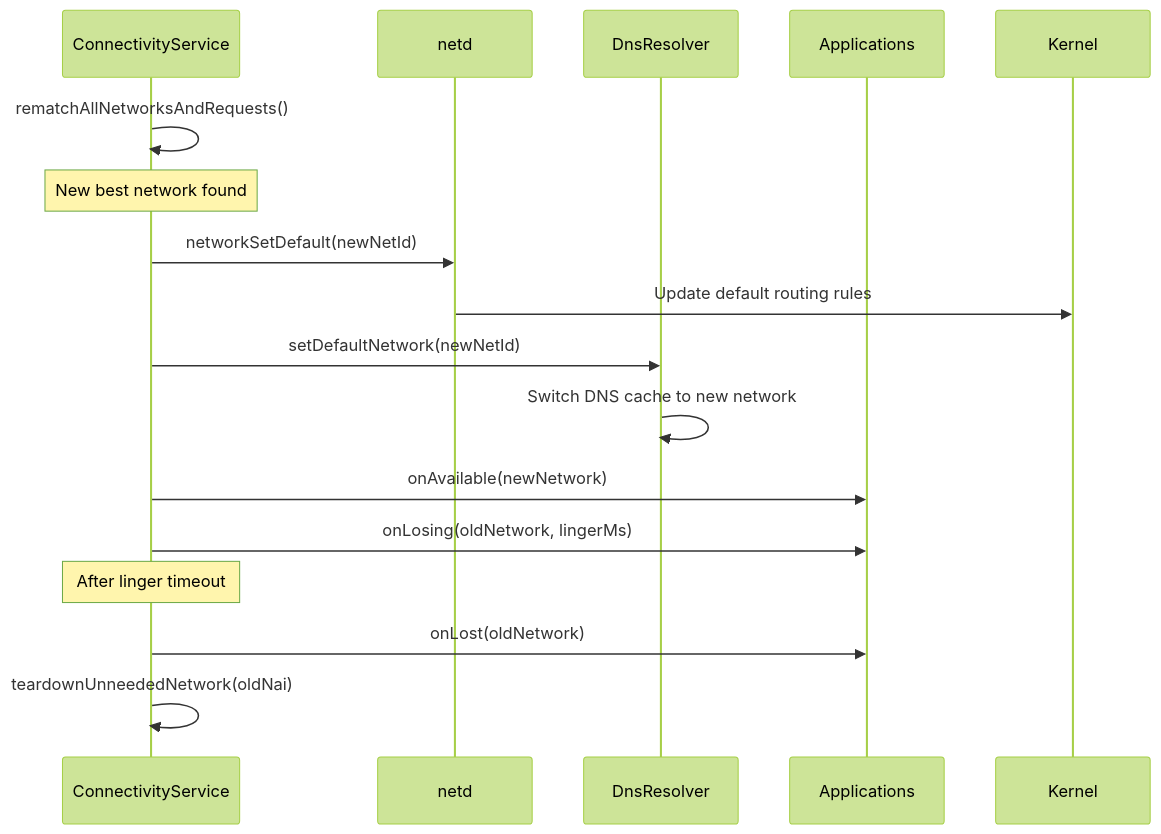
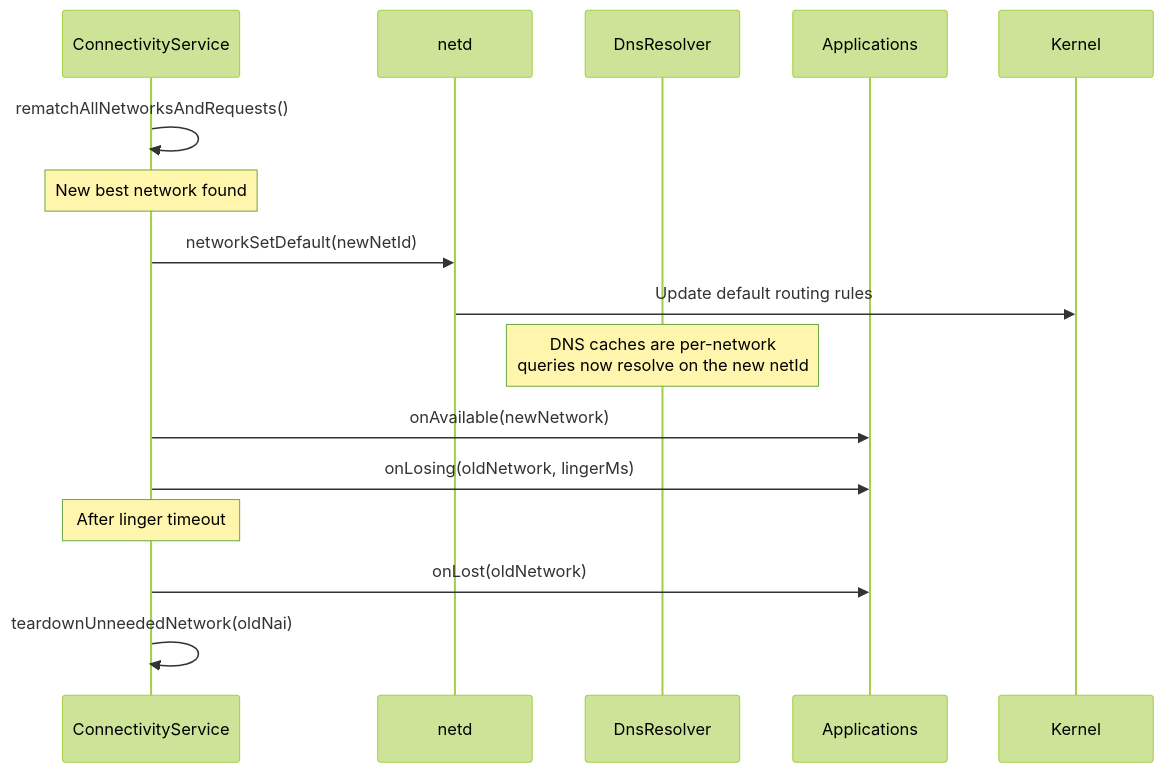
One commit to aospbooks/aosp-internal-book changed diagram 39 of 55 in 35-networking.md. Above: the diagram before and after it, drawn with Mermaid (forest theme). The commit also changed other lines of this file and 218 other files, not shown here.

````diff
--- a/35-networking.md
+++ b/35-networking.md
@@ -3458,20 +3480,19 @@
 ```mermaid
 sequenceDiagram
     participant CS as ConnectivityService
     participant NETD as netd
     participant DNSR as DnsResolver
     participant APPS as Applications
     participant KERNEL as Kernel
 
     CS->>CS: rematchAllNetworksAndRequests()
     Note over CS: New best network found
     CS->>NETD: networkSetDefault(newNetId)
     NETD->>KERNEL: Update default routing rules
-    CS->>DNSR: setDefaultNetwork(newNetId)
-    DNSR->>DNSR: Switch DNS cache to new network
+    Note over DNSR: DNS caches are per-network<br/>queries now resolve on the new netId
     CS->>APPS: onAvailable(newNetwork)
     CS->>APPS: onLosing(oldNetwork, lingerMs)
     Note over CS: After linger timeout
     CS->>APPS: onLost(oldNetwork)
     CS->>CS: teardownUnneededNetwork(oldNai)
 ```
````
